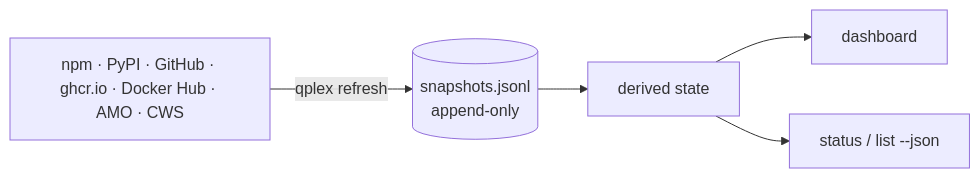
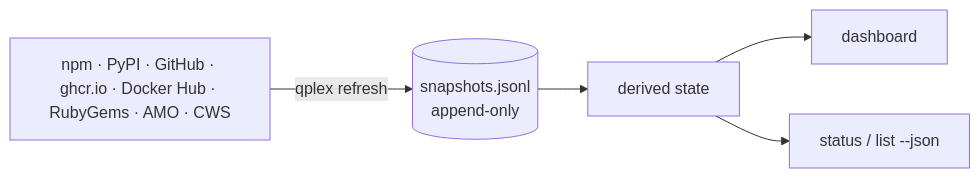
Before and after one commit to shbernal/quadraplex: the diagram in README.md, drawn with Mermaid. The commit also changed other lines of this file and 27 other files, not shown here.

Commit message:
feat: RubyGems ecosystem, gems discovered from the owner listing (#2)

````diff
--- a/README.md
+++ b/README.md
@@ -110,7 +111,7 @@
 ```mermaid
 flowchart LR
-  R[npm · PyPI · GitHub · ghcr.io · Docker Hub · AMO · CWS] -->|qplex refresh| S[(snapshots.jsonl<br>append-only)]
+  R[npm · PyPI · GitHub · ghcr.io · Docker Hub · RubyGems · AMO · CWS] -->|qplex refresh| S[(snapshots.jsonl<br>append-only)]
   S --> D[derived state]
   D --> T[dashboard]
   D --> J[status / list --json]
 ```
````
